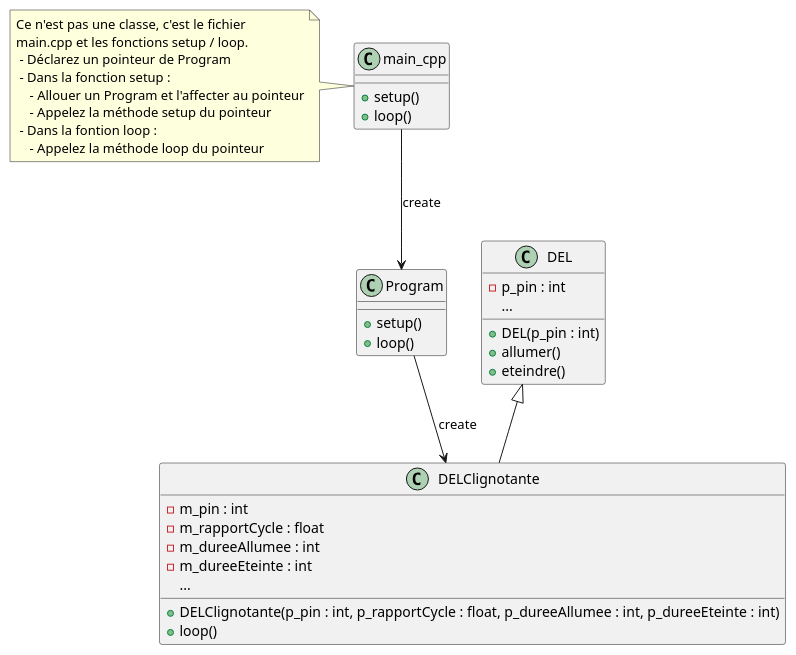
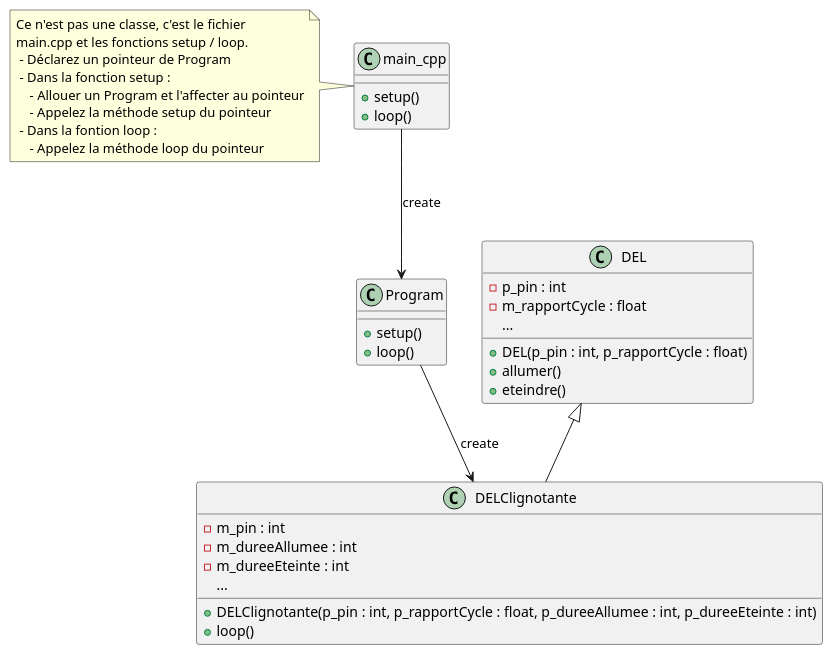
The diagram in Module04_ProgrammationSorties/diag/DELClignotante.wsd (PiFou86/420-W48-SF), drawn with PlantUML before and after one commit. The commit also changed 2 other files, not shown here.

```diff
--- a/Module04_ProgrammationSorties/diag/DELClignotante.wsd
+++ b/Module04_ProgrammationSorties/diag/DELClignotante.wsd
@@ -1,47 +1,47 @@
 @startuml DELClignotante_diagclasses
 
 class "main_cpp" {
     + setup()
     + loop()
 }
 
 note left of main_cpp 
     Ce n'est pas une classe, c'est le fichier
     main.cpp et les fonctions setup / loop.
      - Déclarez un pointeur de Program
      - Dans la fonction setup : 
         - Allouer un Program et l'affecter au pointeur
         - Appelez la méthode setup du pointeur
      - Dans la fontion loop :
         - Appelez la méthode loop du pointeur
 end note
 
 class Program {
     + setup()
     + loop()
 }
 
 class DEL {
     - p_pin : int
+    - m_rapportCycle : float
     ...
-    + DEL(p_pin : int)
+    + DEL(p_pin : int, p_rapportCycle : float)
     + allumer()
     + eteindre()
 }
 
 class DELClignotante {
     - m_pin : int
-    - m_rapportCycle : float
     - m_dureeAllumee : int
     - m_dureeEteinte : int
     ...
     + DELClignotante(p_pin : int, p_rapportCycle : float, p_dureeAllumee : int, p_dureeEteinte : int)
     + loop()
 }
 
 main_cpp --> Program : create
 Program --> DELClignotante : create
 
 DEL <|-- DELClignotante
 
 @enduml
```
